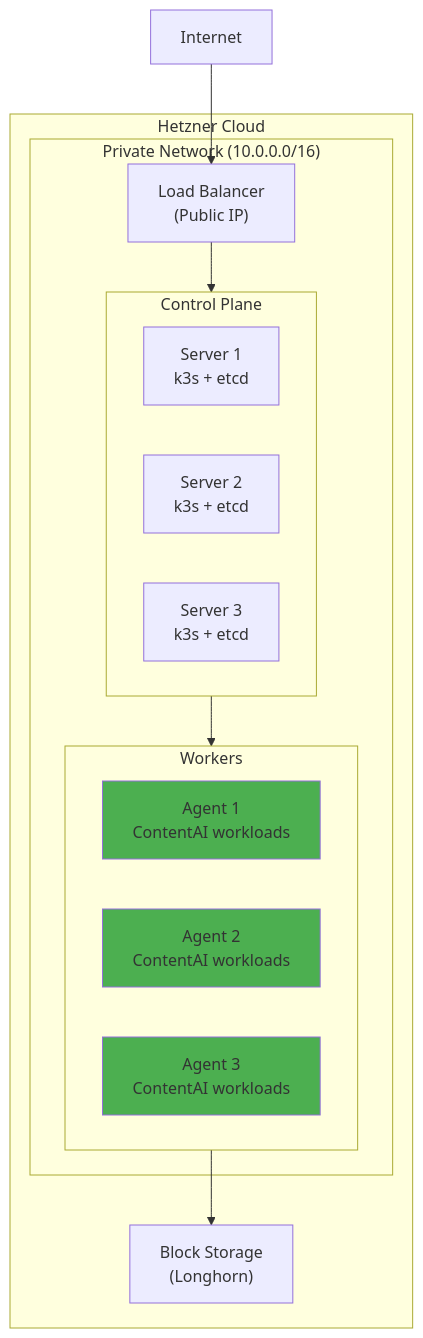
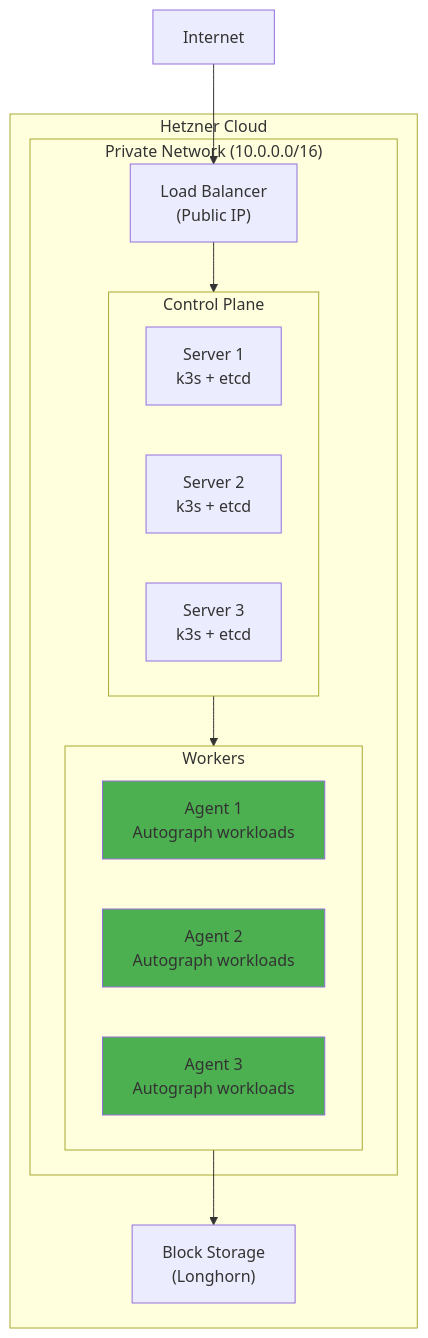
One commit to PearlThoughtsInternship/Internship-Obsidian-Vault changed the third of 11 diagrams in DevOps/02-Engineering/01-Architecture.md. Above: the diagram before and after it, drawn with Mermaid. The commit also changed other lines of this file and 8 other files, not shown here.

First line of the commit message:
rebrand: Complete ContentAI → Autograph rename across all docs

````diff
--- a/DevOps/02-Engineering/01-Architecture.md
+++ b/DevOps/02-Engineering/01-Architecture.md
@@ -114,31 +114,31 @@
 ```mermaid
 flowchart TB
     subgraph Hetzner["Hetzner Cloud"]
         subgraph Network["Private Network (10.0.0.0/16)"]
             LB["Load Balancer<br/>(Public IP)"]
 
             subgraph Servers["Control Plane"]
                 S1["Server 1<br/>k3s + etcd"]
                 S2["Server 2<br/>k3s + etcd"]
                 S3["Server 3<br/>k3s + etcd"]
             end
 
             subgraph Agents["Workers"]
-                A1["Agent 1<br/>ContentAI workloads"]
-                A2["Agent 2<br/>ContentAI workloads"]
-                A3["Agent 3<br/>ContentAI workloads"]
+                A1["Agent 1<br/>Autograph workloads"]
+                A2["Agent 2<br/>Autograph workloads"]
+                A3["Agent 3<br/>Autograph workloads"]
             end
         end
 
         Storage["Block Storage<br/>(Longhorn)"]
     end
 
     Internet["Internet"] --> LB
     LB --> Servers
     Servers --> Agents
     Agents --> Storage
 
     style A1 fill:#4CAF50
     style A2 fill:#4CAF50
     style A3 fill:#4CAF50
 ```
````
